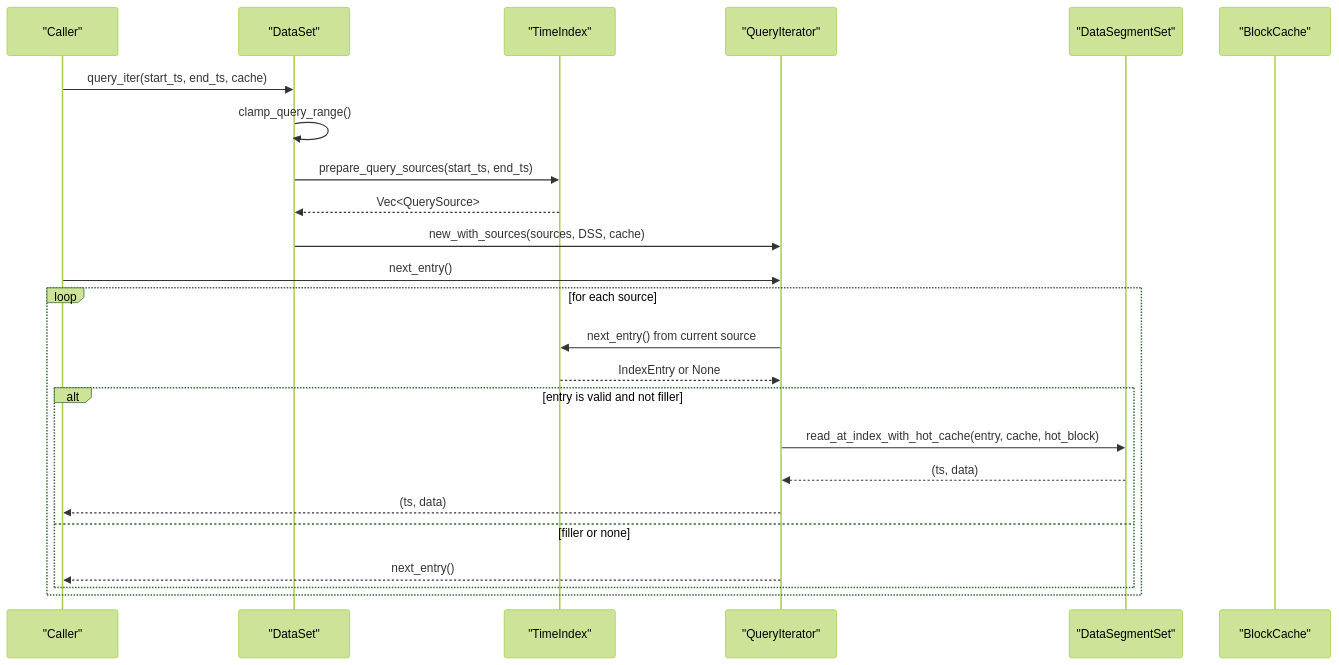
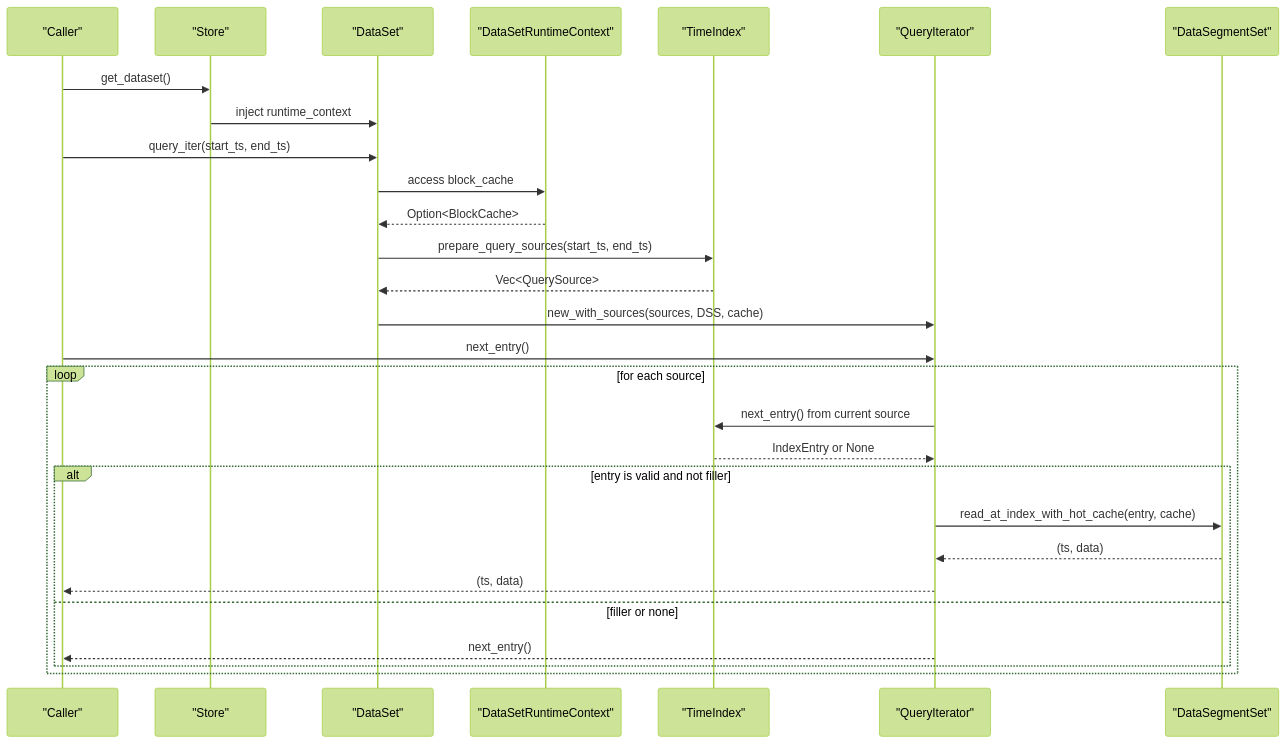
One commit to snower/timslite changed the fourth of 5 diagrams in .qoder/repowiki/en/content/API Reference/Rust API/Dataset Operations.md. Above: the diagram before and after it, drawn with Mermaid (forest theme). The commit also changed other lines of this file and 35 other files, not shown here.

````diff
--- a/.qoder/repowiki/en/content/API Reference/Rust API/Dataset Operations.md
+++ b/.qoder/repowiki/en/content/API Reference/Rust API/Dataset Operations.md
@@ -252,26 +283,30 @@
 ```mermaid
 sequenceDiagram
 participant Client as "Caller"
+participant Store as "Store"
 participant DS as "DataSet"
+participant RTC as "DataSetRuntimeContext"
 participant TI as "TimeIndex"
 participant QI as "QueryIterator"
 participant DSS as "DataSegmentSet"
-participant BC as "BlockCache"
-Client->>DS : query_iter(start_ts, end_ts, cache)
-DS->>DS : clamp_query_range()
+Client->>Store : get_dataset()
+Store->>DS : inject runtime_context
+Client->>DS : query_iter(start_ts, end_ts)
+DS->>RTC : access block_cache
+RTC-->>DS : Option<BlockCache>
 DS->>TI : prepare_query_sources(start_ts, end_ts)
 TI-->>DS : Vec<QuerySource>
 DS->>QI : new_with_sources(sources, DSS, cache)
 Client->>QI : next_entry()
 loop for each source
 QI->>TI : next_entry() from current source
 TI-->>QI : IndexEntry or None
 alt entry is valid and not filler
-QI->>DSS : read_at_index_with_hot_cache(entry, cache, hot_block)
+QI->>DSS : read_at_index_with_hot_cache(entry, cache)
 DSS-->>QI : (ts, data)
 QI-->>Client : (ts, data)
 else filler or none
 QI-->>Client : next_entry()
 end
 end
 ```
````
